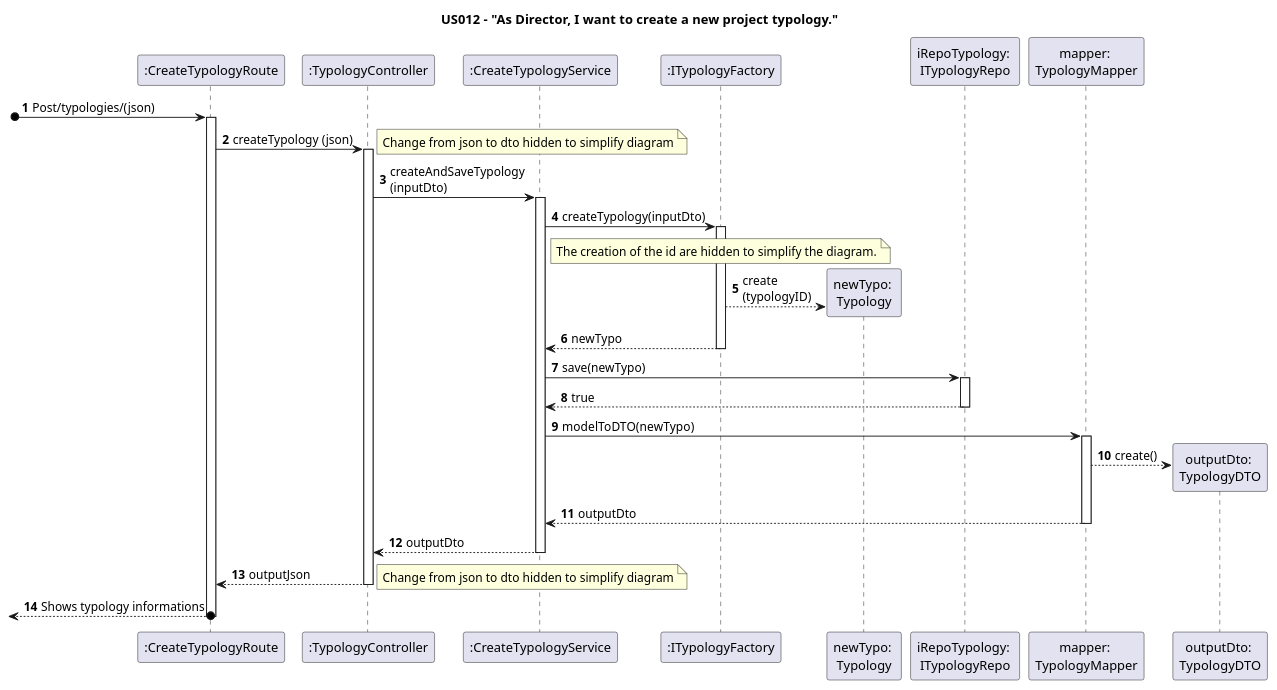
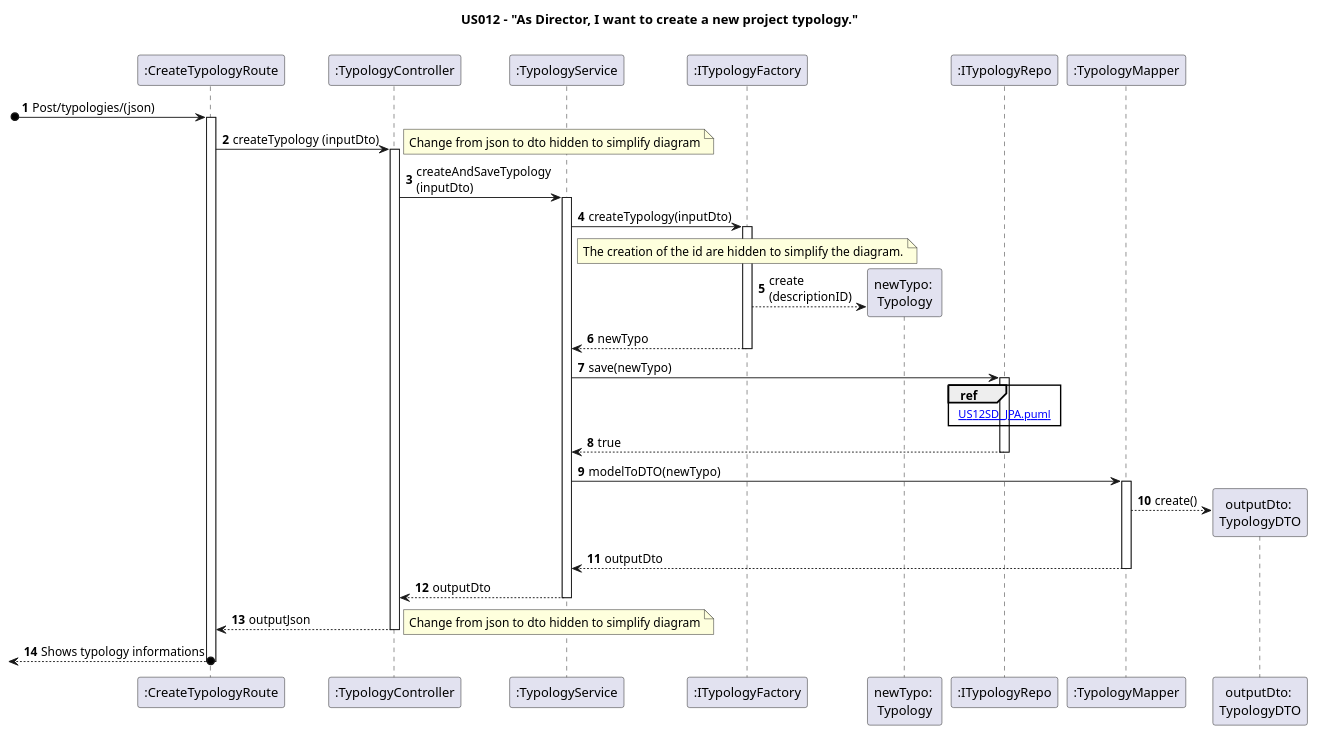
One commit to nunogon1211787/projectManagement changed the diagram in docs/Sprint1/US012/US012-SD.puml. Above: the diagram before and after it, drawn with PlantUML. The commit also changed 20 other files, not shown here.

```diff
--- a/docs/Sprint1/US012/US012-SD.puml
+++ b/docs/Sprint1/US012/US012-SD.puml
@@ -1,61 +1,48 @@
 @startuml
 
 title US012 - "As Director, I want to create a new project typology."
 
 autoactivate on
 autonumber
 
 participant ":CreateTypologyRoute" as Router
 participant ":TypologyController" as Controller
-participant ":CreateTypologyService" as Service
+participant ":TypologyService" as Service
 participant ":ITypologyFactory" as TypoFactory
 'participant "typoIDFact: ITypologyIDFactory" as IdFactory
 'participant "descFact:IDescriptionFactory" as DesFactory
 participant "newTypo: \nTypology" as Typology
 'participant "typologyID:TypologyID" as Id
 'participant "description:Description" as Description
-participant "iRepoTypology: \nITypologyRepo" as Repository
-participant "mapper: \nTypologyMapper" as Mapper
+participant ":ITypologyRepo" as Repository
+participant ":TypologyMapper" as Mapper
 participant "outputDto: \nTypologyDTO" as outputDTO
 
 [o-> Router: Post/typologies/(json)
-Router -> Controller: createTypology (json)
+Router -> Controller: createTypology (inputDto)
 note right
 Change from json to dto hidden to simplify diagram
 end note
 'note over Controller: Service is parameter with @Autowired
 Controller -> Service: createAndSaveTypology\n(inputDto)
 'note over Service: typoFact, repoTypo and mapper are parameters with @Autowired
 Service -> TypoFactory: createTypology(inputDto)
 note over TypoFactory : The creation of the id are hidden to simplify the diagram.
+TypoFactory --> Typology**: create\n(descriptionID)
+return newTypo
+Service -> Repository: save(newTypo)
+ref over Repository: [[US12SD_JPA.puml]]
+return true
 
-'TypoFactory -> IdFactory: createId(inputDto)
-'note over TypoFactory: The typoIDFact is parameter with @Autowired
-'IdFactory -> DesFactory: createDescription(inputDto.description)
-'note over IdFactory: The descFact is parameter with @Autowired
-'DesFactory --> Description**: create(inputDto.description)
-'return description
-'IdFactory --> Id**: create(description)
-'return typologyID
-TypoFactory --> Typology**: create\n(typologyID)
-return newTypo
-'alt successful case
-    Service -> Repository: save(newTypo)
-    'alt successful case
-      '  Repository -> Repository: existsByTypologyID(newTypo)
-      '  deactivate Repository
-    'end
-return true
-'end
 Service -> Mapper: modelToDTO(newTypo)
 Mapper --> outputDTO**: create()
 return outputDto
 return outputDto
 return outputJson
 note right
 Change from json to dto hidden to simplify diagram
 end note
 'note over Controller: The Controller uses the Response Entity class to create a response in JSON format using the dto received from Service layer and defining the HTTP status.
 [<--o Router: Shows typology informations
 
 @enduml
```
